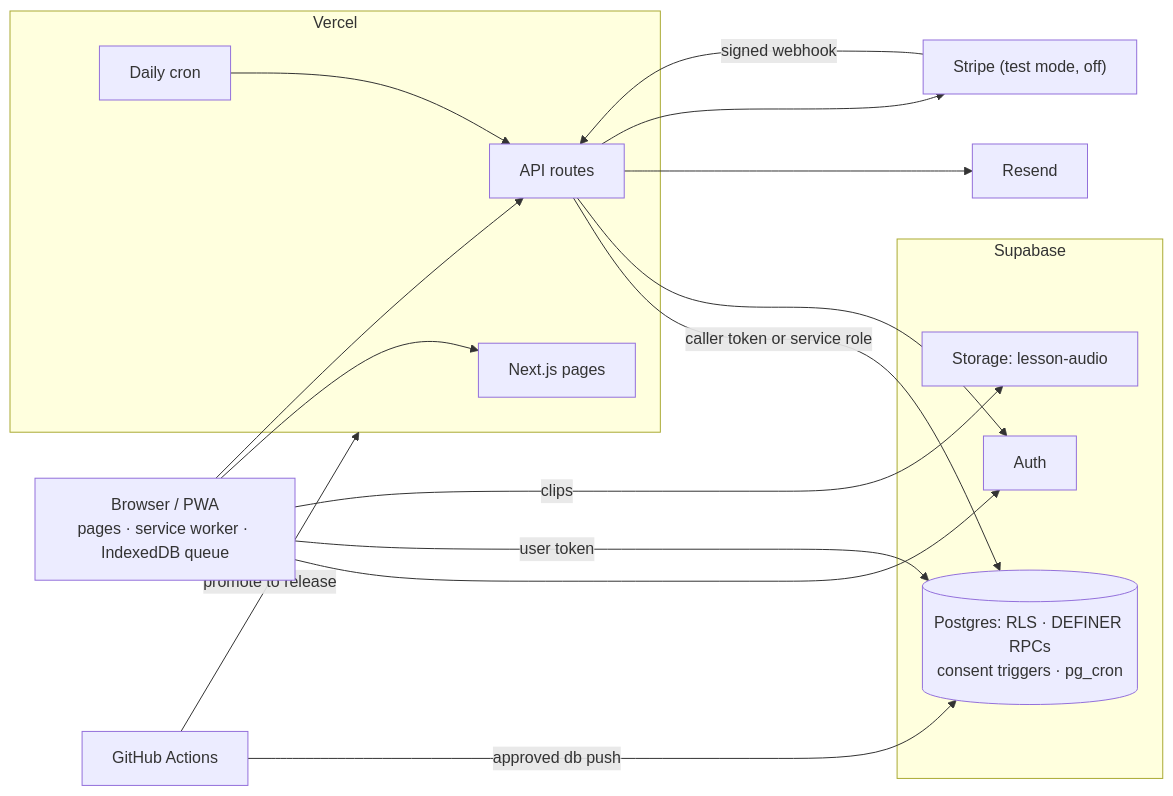
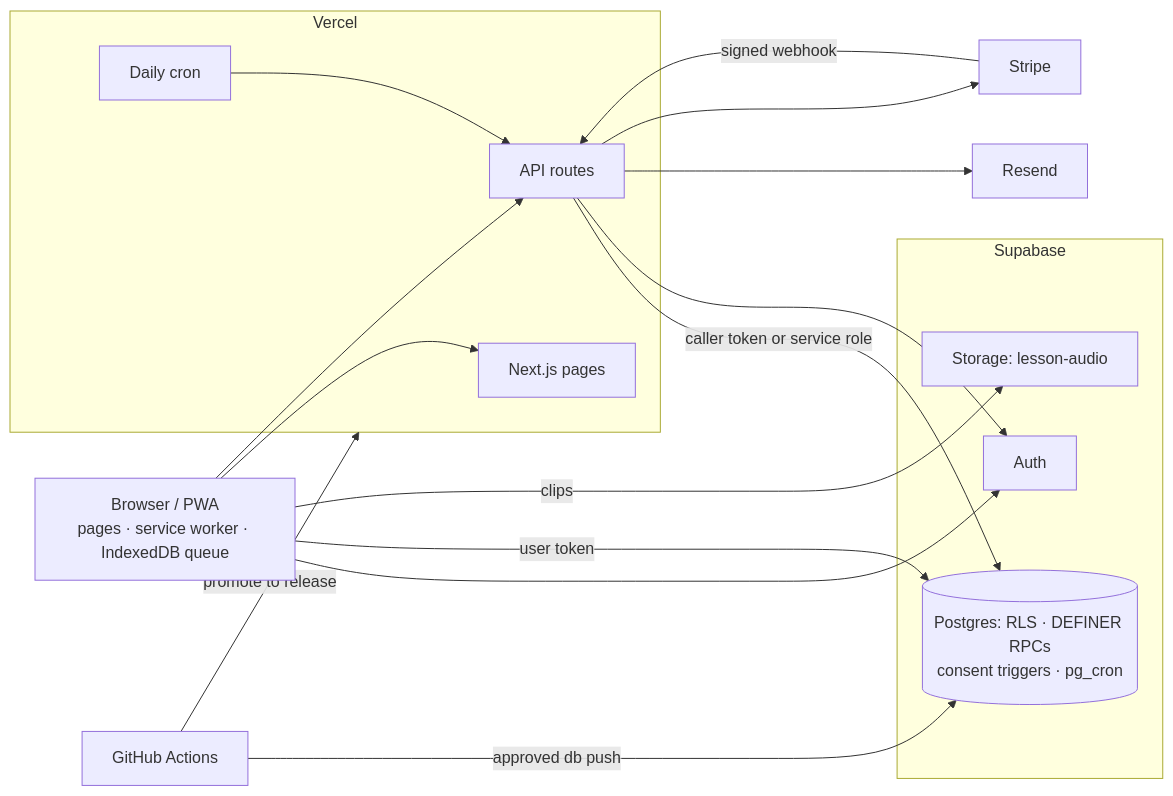
One commit to RadlorInc/learn changed the diagram in docs/architecture.md. Above: the diagram before and after it, drawn with Mermaid. The commit also changed other lines of this file and 13 other files, not shown here.

````diff
--- a/docs/architecture.md
+++ b/docs/architecture.md
@@ -14,30 +14,30 @@
 ```mermaid
 flowchart LR
   B["Browser / PWA<br/>pages · service worker · IndexedDB queue"]
   subgraph V["Vercel"]
     P["Next.js pages"]
     A["API routes"]
     C["Daily cron"]
   end
   subgraph S["Supabase"]
     AU["Auth"]
     DB[("Postgres: RLS · DEFINER RPCs<br/>consent triggers · pg_cron")]
     ST["Storage: lesson-audio"]
   end
   R["Resend"]
-  SP["Stripe (test mode, off)"]
+  SP["Stripe"]
   G["GitHub Actions"]
   B --> P
   B --> A
   B --> AU
   B -- "user token" --> DB
   B -- "clips" --> ST
   A -- "caller token or service role" --> DB
   A --> AU
   A --> R
   A --> SP
   SP -- "signed webhook" --> A
   C --> A
   G -- "promote to release" --> V
   G -- "approved db push" --> DB
 ```
````
